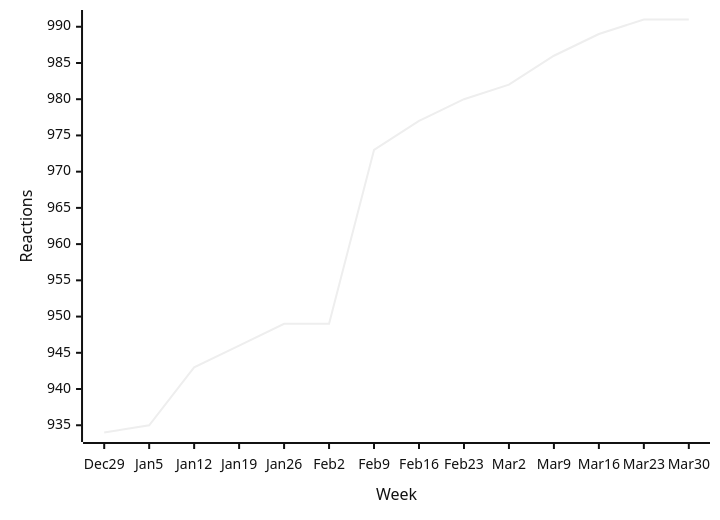
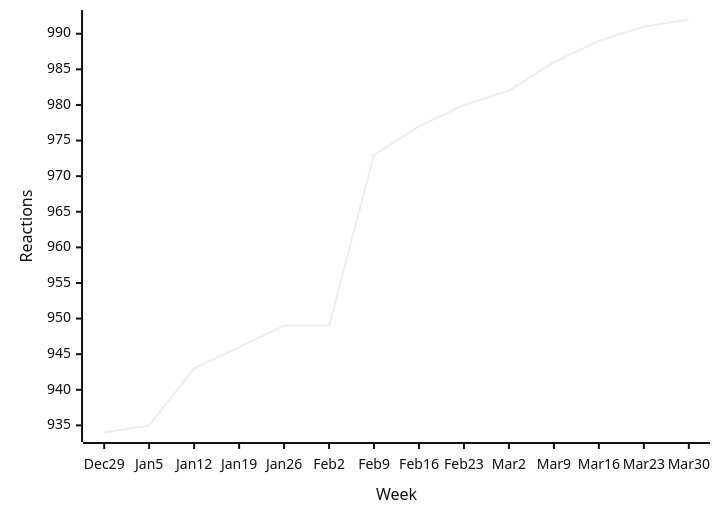
The second of 60 diagrams in README.md (loic-sharma/github-insights), drawn with Mermaid (neutral theme) before and after one commit. The commit also changed other lines of this file and 2 other files, not shown here.

````diff
--- a/README.md
+++ b/README.md
@@ -356,6 +356,6 @@
   ```mermaid
   xychart-beta
     x-axis "Week" [Dec 29, Jan 5, Jan 12, Jan 19, Jan 26, Feb 2, Feb 9, Feb 16, Feb 23, Mar 2, Mar 9, Mar 16, Mar 23, Mar 30]
     y-axis "Reactions"
-    line [934, 935, 943, 946, 949, 949, 973, 977, 980, 982, 986, 989, 991, 991]
+    line [934, 935, 943, 946, 949, 949, 973, 977, 980, 982, 986, 989, 991, 992]
   ```
````
